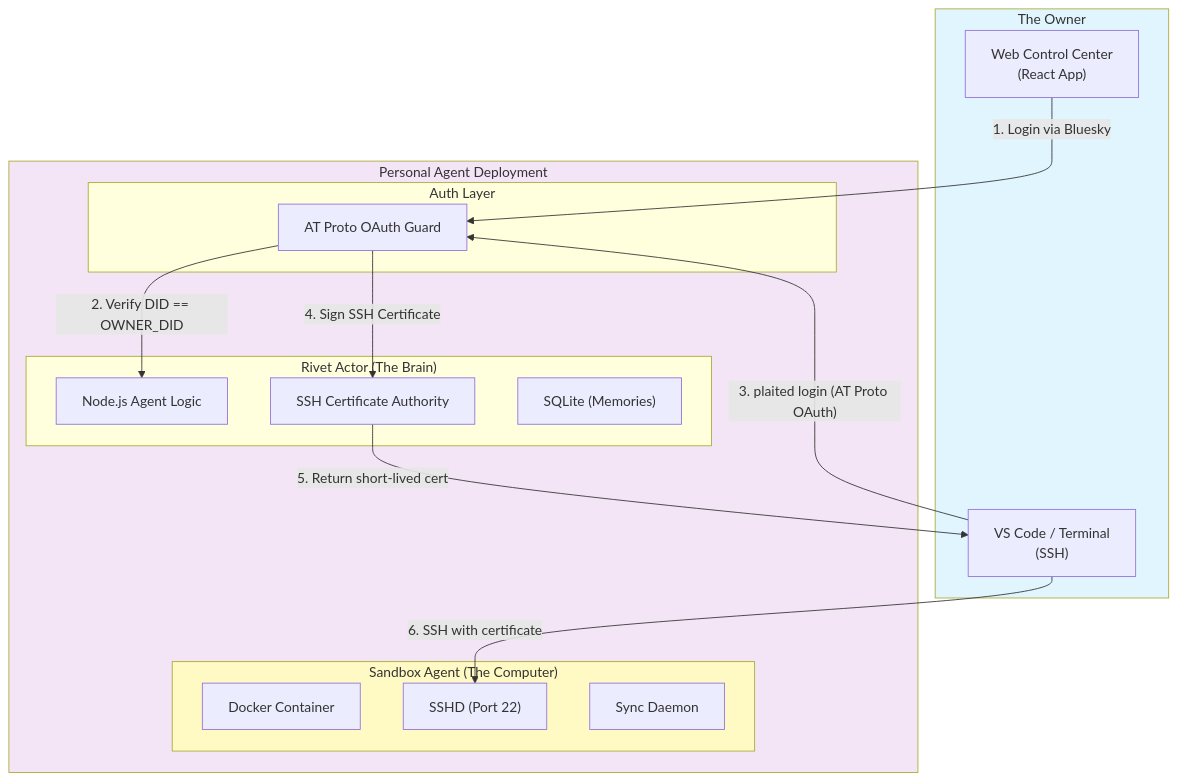
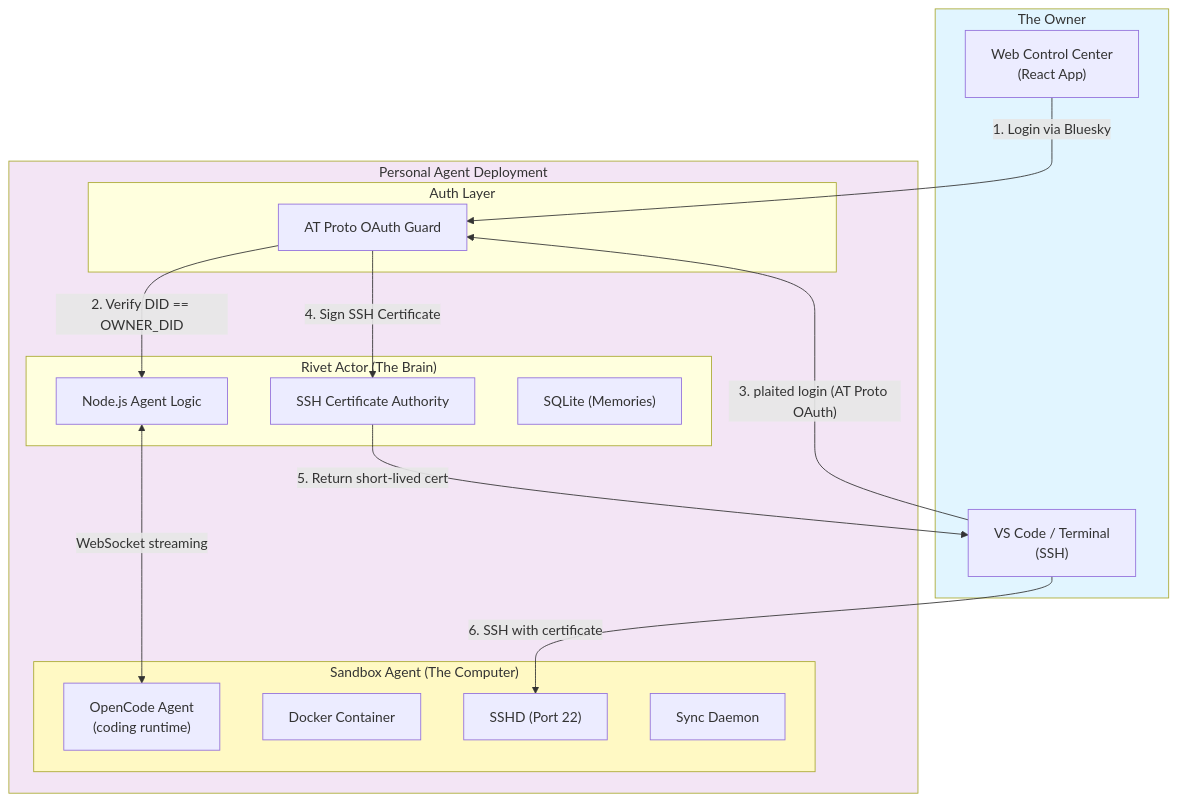
One commit to plaited/plaited changed the diagram in BACKGROUND-AGENT-SYSTEM-DESIGN.md. Above: the diagram before and after it, drawn with Mermaid. The commit also changed other lines of this file and 1 other file, not shown here.

First line of the commit message:
docs(agent): add OpenCode as sandbox coding runtime, update V8 plan

````diff
--- a/BACKGROUND-AGENT-SYSTEM-DESIGN.md
+++ b/BACKGROUND-AGENT-SYSTEM-DESIGN.md
@@ -33,42 +34,46 @@
 ```mermaid
 graph TB
     subgraph OWNER["The Owner"]
         Browser["Web Control Center<br/>(React App)"]
         IDE["VS Code / Terminal<br/>(SSH)"]
     end
 
     subgraph PERSONAL_CLOUD["Personal Agent Deployment"]
 
         subgraph AUTH_LAYER["Auth Layer"]
             OAuth_Guard["AT Proto OAuth Guard"]
         end
 
         subgraph BRAIN["Rivet Actor (The Brain)"]
             Agent_Logic["Node.js Agent Logic"]
             SSH_CA["SSH Certificate Authority"]
             State_DB["SQLite (Memories)"]
         end
 
         subgraph MUSCLE["Sandbox Agent (The Computer)"]
+            OpenCode["OpenCode Agent<br/>(coding runtime)"]
             Runtime["Docker Container"]
             SSHD["SSHD (Port 22)"]
             Sync["Sync Daemon"]
         end
     end
 
     %% Auth Flow
     Browser -->|"1. Login via Bluesky"| OAuth_Guard
     OAuth_Guard --"2. Verify DID == OWNER_DID"--> Agent_Logic
 
     %% CLI Login + SSH CA Flow
     IDE -->|"3. plaited login (AT Proto OAuth)"| OAuth_Guard
     OAuth_Guard --"4. Sign SSH Certificate"--> SSH_CA
     SSH_CA --"5. Return short-lived cert"--> IDE
 
+    %% Rivet ↔ OpenCode (inside Sandbox)
+    Agent_Logic <-->|"WebSocket streaming"| OpenCode
+
     %% SSH Flow (cert-based, no authorized_keys)
     IDE -->|"6. SSH with certificate"| SSHD
 
     style OWNER fill:#e1f5ff
     style PERSONAL_CLOUD fill:#f3e5f5
     style MUSCLE fill:#fff9c4
 ```
````
